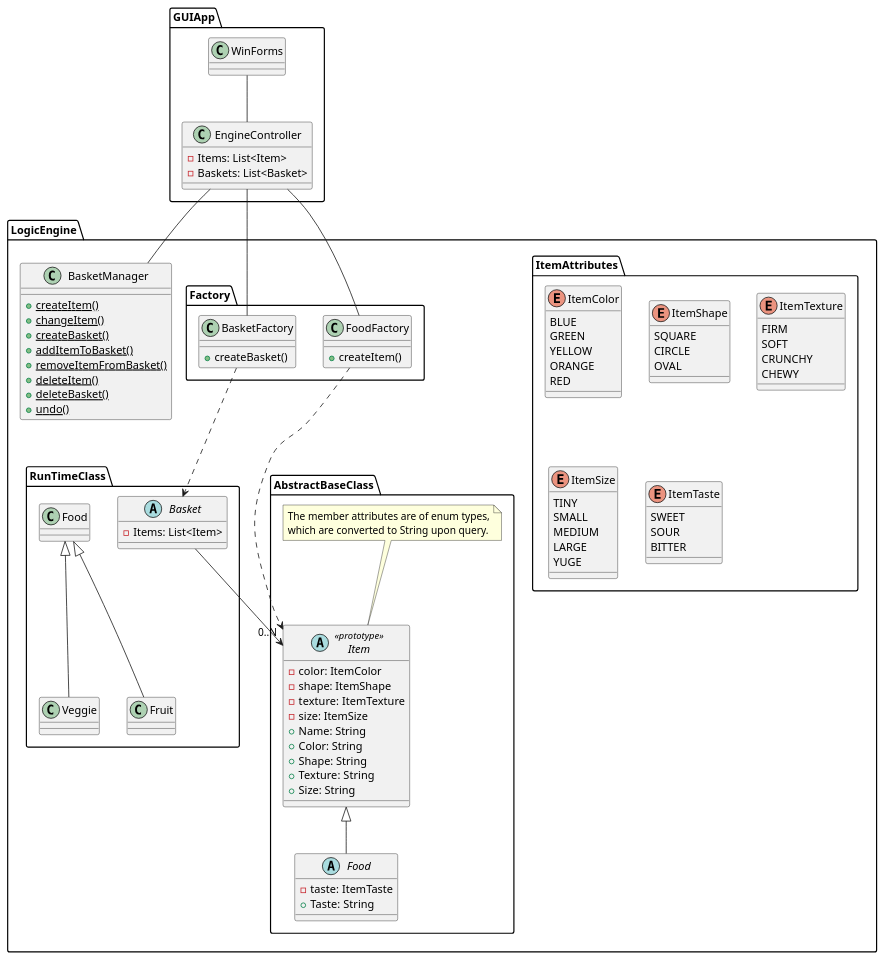
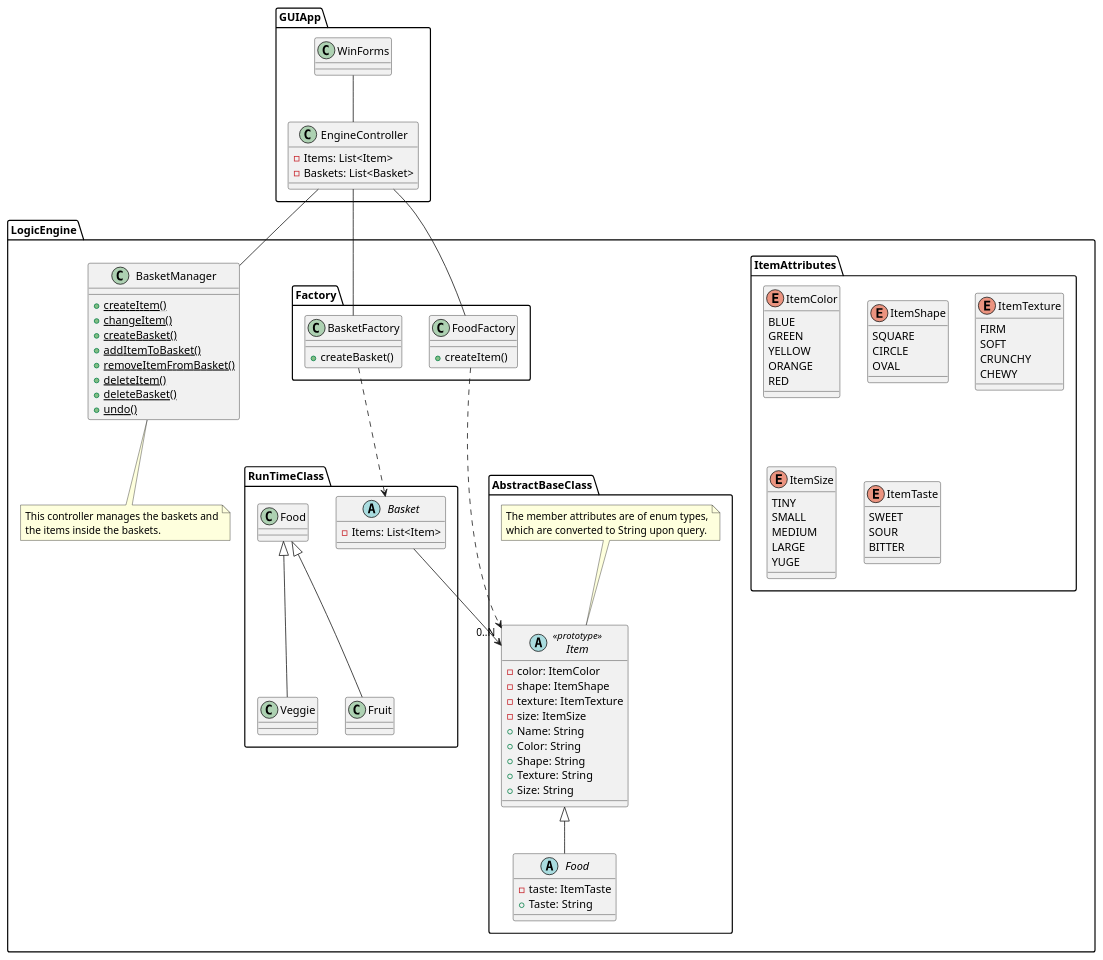
Before and after one commit to abenezerangelos/wsu-cpts321-Final: the diagram in FinalExamProject/Design_Documents/CharlesNorden-ClassDiagram.wsd, drawn with PlantUML. The commit also changed 4 other files, not shown here.

Commit message:
Updated the output path for latex uml diagram.

```diff
--- a/FinalExamProject/Design_Documents/CharlesNorden-ClassDiagram.wsd
+++ b/FinalExamProject/Design_Documents/CharlesNorden-ClassDiagram.wsd
@@ -1,117 +1,122 @@
-@startuml "FinalExamAppProject"
+@startuml "CharlesNorden-ClassDiagram"
 
 package "GUIApp" {
     class EngineController {
         -Items: List<Item>
         -Baskets: List<Basket>
     }
 
     WinForms -- EngineController
 }
 
 package "LogicEngine" {
     class BasketManager {
         {static} +createItem()
         {static} +changeItem()
         {static} +createBasket()
         {static} +addItemToBasket()
         {static} +removeItemFromBasket()
         {static} +deleteItem()
         {static} +deleteBasket()
         {static} +undo()
     }
+    
+    note bottom of BasketManager
+        This controller manages the baskets and
+        the items inside the baskets.
+    end note
 
     package "AbstractBaseClass" {
         abstract class Item << prototype >> {
             -color: ItemColor
             -shape: ItemShape
             -texture: ItemTexture
             -size: ItemSize
             +Name: String
             +Color: String
             +Shape: String
             +Texture: String
             +Size: String
         }
 
         note top of Item
             The member attributes are of enum types,
             which are converted to String upon query.
         end note
 
         abstract class Food extends Item {
             -taste: ItemTaste
             +Taste: String
         }
     }
     
     package "ItemAttributes" {
         enum ItemColor {
             BLUE
             GREEN
             YELLOW
             ORANGE
             RED
         }
 
         enum ItemShape {
             SQUARE
             CIRCLE
             OVAL
         }
         
         enum ItemTexture {
             FIRM
             SOFT
             CRUNCHY
             CHEWY
         }
         
         enum ItemSize {
             TINY
             SMALL
             MEDIUM
             LARGE
             YUGE
         }
         
         enum ItemTaste {
             SWEET
             SOUR
             BITTER
         }
     }
 
     package "RunTimeClass" {
         class Veggie extends Food {
         }
 
         class Fruit extends Food{
         }
 
         abstract class Basket {
             -Items: List<Item>
         }
     }
 
     package Factory {
         class BasketFactory {
             +createBasket()
         }
 
         class FoodFactory {
             +createItem()
         }
 
         BasketFactory ..> Basket
         FoodFactory ..> Item
 
         EngineController -- BasketManager
         EngineController -- BasketFactory
         EngineController -- FoodFactory
 
         Basket --> "0..N" Item
     }
 }
 
 @enduml
```
